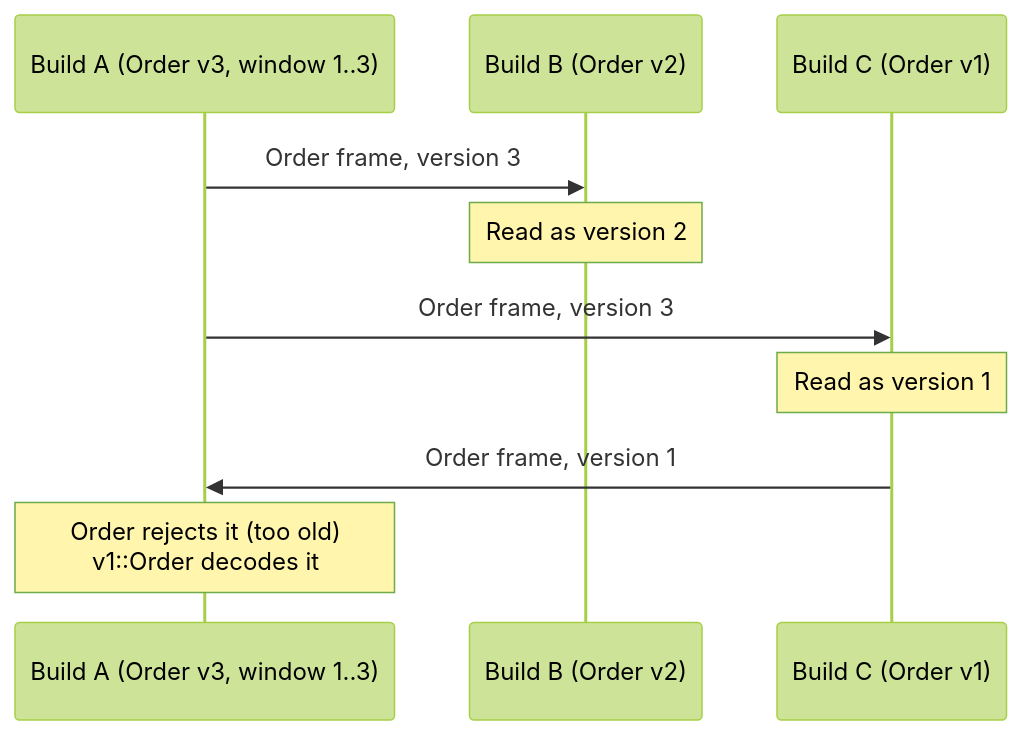
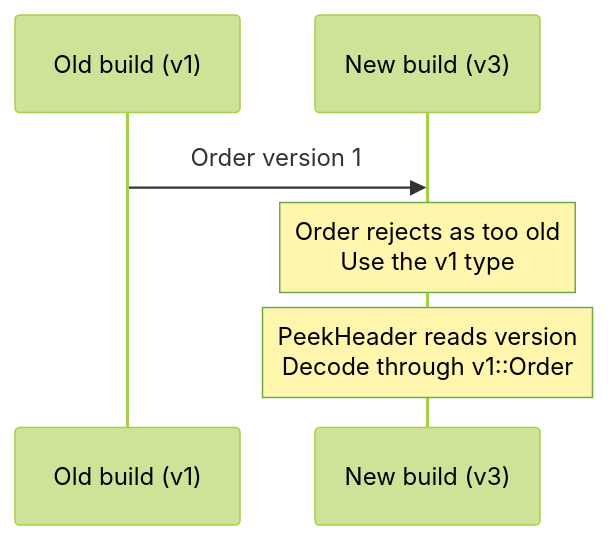
One commit to splendidz/protaco changed the third of 5 diagrams in README.md. Above: the diagram before and after it, drawn with Mermaid (forest theme). The commit also changed other lines of this file and 107 other files, not shown here.

````diff
--- a/README.md
+++ b/README.md
@@ -448,12 +553,8 @@
 ```mermaid
 sequenceDiagram
-    participant A as Build A (Order v3, window 1..3)
-    participant B as Build B (Order v2)
-    participant C as Build C (Order v1)
-    A->>B: Order frame, version 3
-    Note over B: Read as version 2
-    A->>C: Order frame, version 3
-    Note over C: Read as version 1
-    C->>A: Order frame, version 1
-    Note over A: Order rejects it (too old)<br/>v1::Order decodes it
+    participant O as Old build (v1)
+    participant N as New build (v3)
+    O->>N: Order version 1
+    Note over N: Order rejects as too old<br/>Use the v1 type
+    Note over N: PeekHeader reads version<br/>Decode through v1::Order
 ```
````
